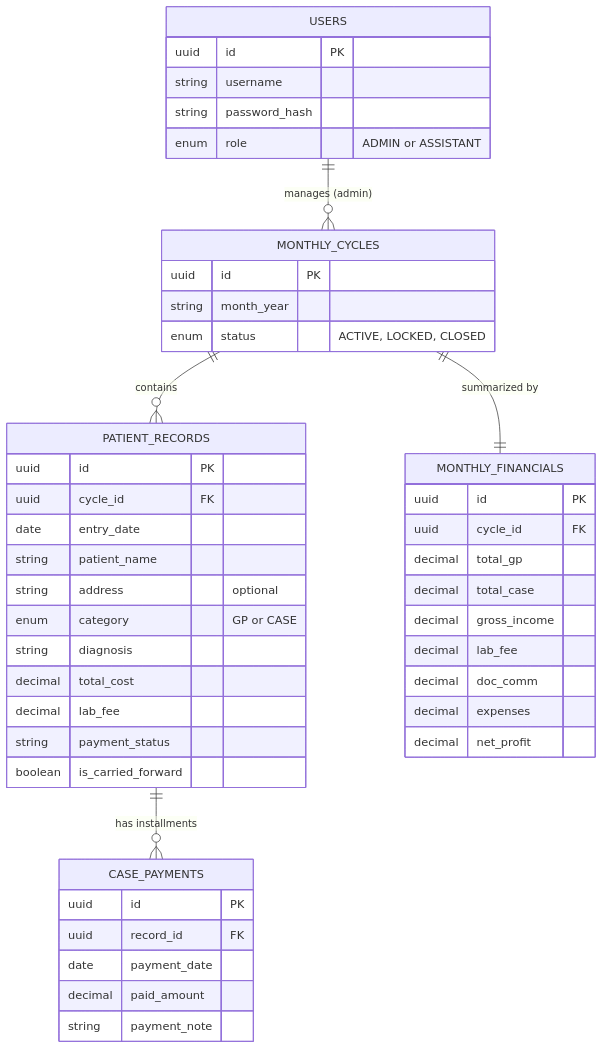
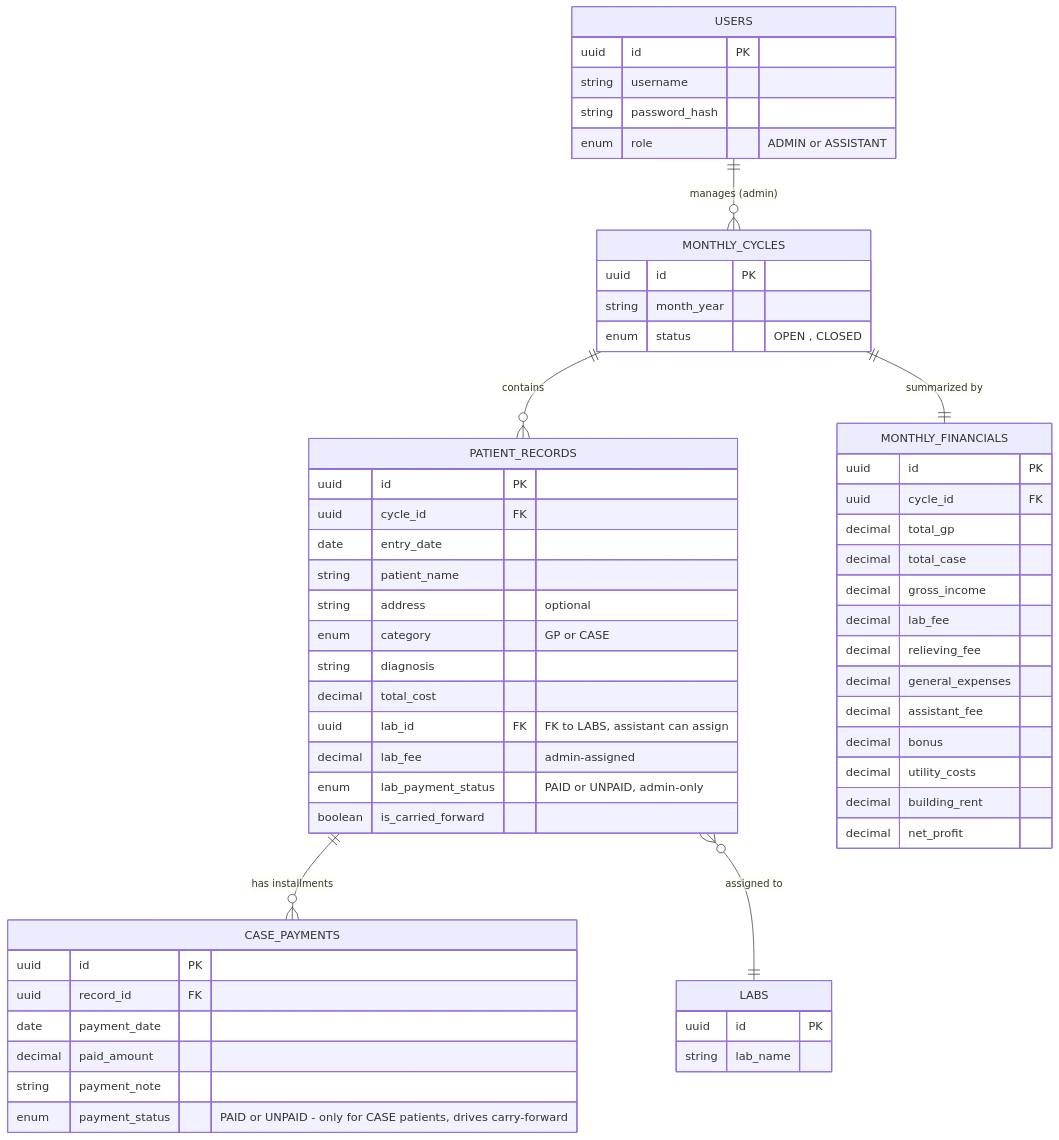
The diagram in dc-fms-erd.mmd (kaungmyatshwe1397/df-dashboard), drawn with Mermaid before and after one commit.

Commit message:
feat:update database ERD-entity relation diagarm

```diff
--- a/dc-fms-erd.mmd
+++ b/dc-fms-erd.mmd
@@ -1,52 +1,64 @@
 erDiagram
     USERS ||--o{ MONTHLY_CYCLES : "manages (admin)"
     MONTHLY_CYCLES ||--o{ PATIENT_RECORDS : "contains"
     PATIENT_RECORDS ||--o{ CASE_PAYMENTS : "has installments"
+    PATIENT_RECORDS }o--|| LABS : "assigned to"
     MONTHLY_CYCLES ||--|| MONTHLY_FINANCIALS : "summarized by"
 
     USERS {
         uuid id PK
         string username
         string password_hash
         enum role "ADMIN or ASSISTANT"
     }
 
     MONTHLY_CYCLES {
         uuid id PK
         string month_year
-        enum status "ACTIVE, LOCKED, CLOSED"
+        enum status "OPEN , CLOSED"
+    }
+
+    LABS {
+        uuid id PK
+        string lab_name
     }
 
     PATIENT_RECORDS {
         uuid id PK
         uuid cycle_id FK
         date entry_date
         string patient_name
         string address "optional"
         enum category "GP or CASE"
         string diagnosis
         decimal total_cost
-        decimal lab_fee
-        string payment_status
+        uuid lab_id FK "FK to LABS, assistant can assign"
+        decimal lab_fee "admin-assigned"
+        enum lab_payment_status "PAID or UNPAID, admin-only"
         boolean is_carried_forward
     }
 
     CASE_PAYMENTS {
         uuid id PK
         uuid record_id FK
         date payment_date
         decimal paid_amount
         string payment_note
+        enum payment_status "PAID or UNPAID - only for CASE patients, drives carry-forward"
     }
 
     MONTHLY_FINANCIALS {
         uuid id PK
         uuid cycle_id FK
         decimal total_gp
         decimal total_case
         decimal gross_income
         decimal lab_fee
-        decimal doc_comm
-        decimal expenses
+        decimal relieving_fee
+        decimal general_expenses
+        decimal assistant_fee
+        decimal bonus
+        decimal utility_costs
+        decimal building_rent
         decimal net_profit
     }
```
